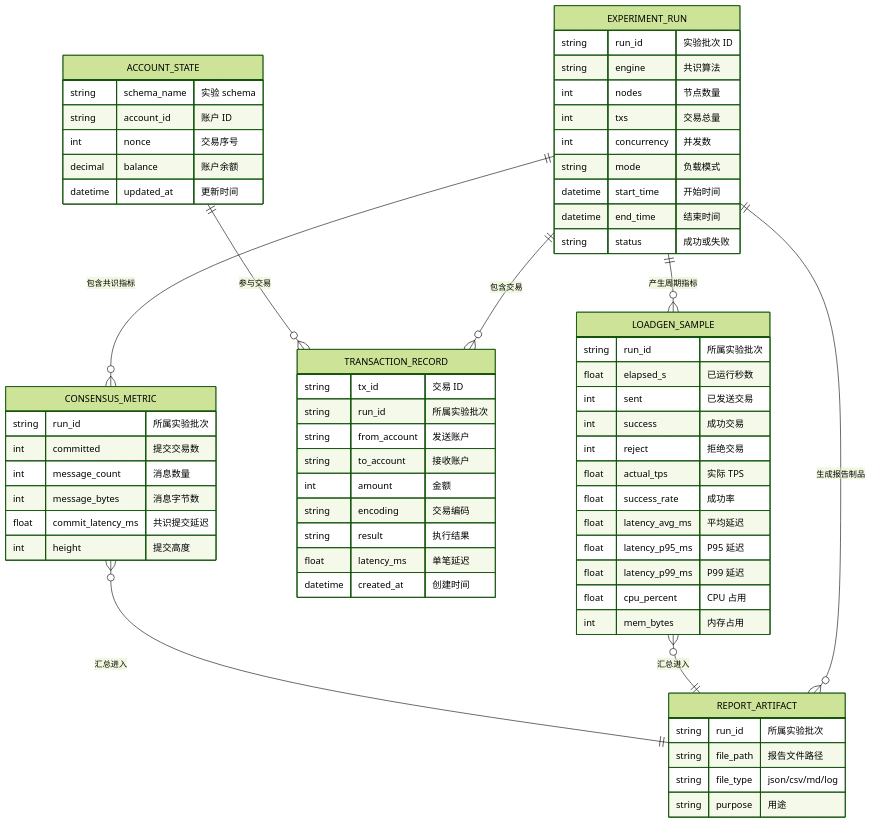
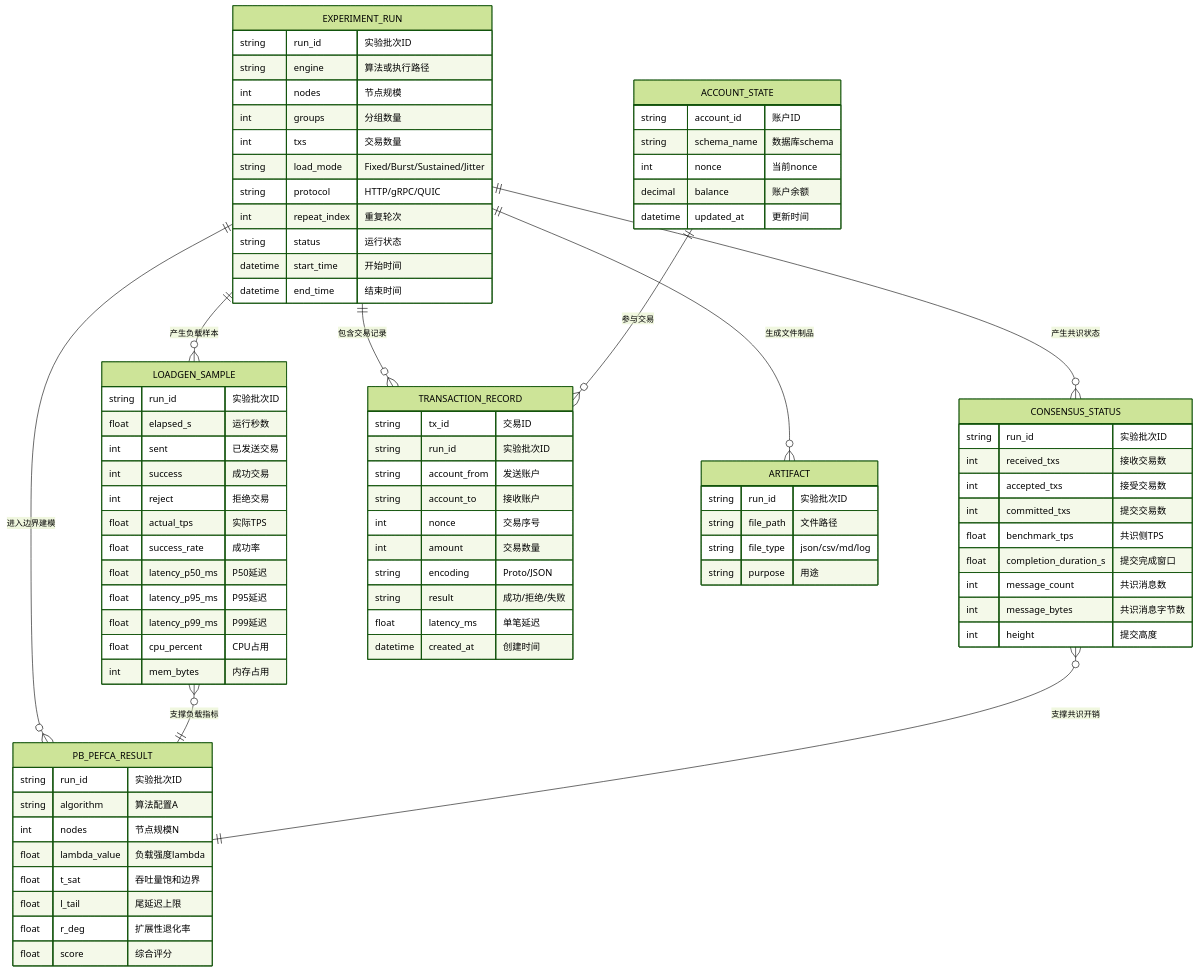
The ninth of 10 diagrams in chapter4-mermaid/README.md (fffeng99999/hcp), drawn with Mermaid (forest theme) before and after one commit. The commit also changed other lines of this file, not shown here.

````diff
--- a/chapter4-mermaid/README.md
+++ b/chapter4-mermaid/README.md
@@ -483,73 +527,91 @@
 ```mermaid
 erDiagram
   EXPERIMENT_RUN {
-    string run_id "实验批次 ID"
-    string engine "共识算法"
-    int nodes "节点数量"
-    int txs "交易总量"
-    int concurrency "并发数"
-    string mode "负载模式"
+    string run_id "实验批次ID"
+    string engine "算法或执行路径"
+    int nodes "节点规模"
+    int groups "分组数量"
+    int txs "交易数量"
+    string load_mode "Fixed/Burst/Sustained/Jitter"
+    string protocol "HTTP/gRPC/QUIC"
+    int repeat_index "重复轮次"
+    string status "运行状态"
     datetime start_time "开始时间"
     datetime end_time "结束时间"
-    string status "成功或失败"
   }
 
   LOADGEN_SAMPLE {
-    string run_id "所属实验批次"
-    float elapsed_s "已运行秒数"
+    string run_id "实验批次ID"
+    float elapsed_s "运行秒数"
     int sent "已发送交易"
     int success "成功交易"
     int reject "拒绝交易"
-    float actual_tps "实际 TPS"
+    float actual_tps "实际TPS"
     float success_rate "成功率"
-    float latency_avg_ms "平均延迟"
-    float latency_p95_ms "P95 延迟"
-    float latency_p99_ms "P99 延迟"
-    float cpu_percent "CPU 占用"
+    float latency_p50_ms "P50延迟"
+    float latency_p95_ms "P95延迟"
+    float latency_p99_ms "P99延迟"
+    float cpu_percent "CPU占用"
     int mem_bytes "内存占用"
   }
 
+  CONSENSUS_STATUS {
+    string run_id "实验批次ID"
+    int received_txs "接收交易数"
+    int accepted_txs "接受交易数"
+    int committed_txs "提交交易数"
+    float benchmark_tps "共识侧TPS"
+    float completion_duration_s "提交完成窗口"
+    int message_count "共识消息数"
+    int message_bytes "共识消息字节数"
+    int height "提交高度"
+  }
+
+  TRANSACTION_RECORD {
+    string tx_id "交易ID"
+    string run_id "实验批次ID"
+    string account_from "发送账户"
+    string account_to "接收账户"
+    int nonce "交易序号"
+    int amount "交易数量"
+    string encoding "Proto/JSON"
+    string result "成功/拒绝/失败"
+    float latency_ms "单笔延迟"
+    datetime created_at "创建时间"
+  }
+
   ACCOUNT_STATE {
-    string schema_name "实验 schema"
-    string account_id "账户 ID"
-    int nonce "交易序号"
+    string account_id "账户ID"
+    string schema_name "数据库schema"
+    int nonce "当前nonce"
     decimal balance "账户余额"
     datetime updated_at "更新时间"
   }
 
-  TRANSACTION_RECORD {
-    string tx_id "交易 ID"
-    string run_id "所属实验批次"
-    string from_account "发送账户"
-    string to_account "接收账户"
-    int amount "金额"
-    string encoding "交易编码"
-    string result "执行结果"
-    float latency_ms "单笔延迟"
-    datetime created_at "创建时间"
-  }
-
-  CONSENSUS_METRIC {
-    string run_id "所属实验批次"
-    int committed "提交交易数"
-    int message_count "消息数量"
-    int message_bytes "消息字节数"
-    float commit_latency_ms "共识提交延迟"
-    int height "提交高度"
-  }
-
-  REPORT_ARTIFACT {
-    string run_id "所属实验批次"
-    string file_path "报告文件路径"
+  ARTIFACT {
+    string run_id "实验批次ID"
+    string file_path "文件路径"
     string file_type "json/csv/md/log"
     string purpose "用途"
   }
 
-  EXPERIMENT_RUN ||--o{ LOADGEN_SAMPLE : "产生周期指标"
-  EXPERIMENT_RUN ||--o{ TRANSACTION_RECORD : "包含交易"
-  EXPERIMENT_RUN ||--o{ CONSENSUS_METRIC : "包含共识指标"
-  EXPERIMENT_RUN ||--o{ REPORT_ARTIFACT : "生成报告制品"
+  PB_PEFCA_RESULT {
+    string run_id "实验批次ID"
+    string algorithm "算法配置A"
+    int nodes "节点规模N"
+    float lambda_value "负载强度lambda"
+    float t_sat "吞吐量饱和边界"
+    float l_tail "尾延迟上限"
+    float r_deg "扩展性退化率"
+    float score "综合评分"
+  }
+
+  EXPERIMENT_RUN ||--o{ LOADGEN_SAMPLE : "产生负载样本"
+  EXPERIMENT_RUN ||--o{ CONSENSUS_STATUS : "产生共识状态"
+  EXPERIMENT_RUN ||--o{ TRANSACTION_RECORD : "包含交易记录"
+  EXPERIMENT_RUN ||--o{ ARTIFACT : "生成文件制品"
+  EXPERIMENT_RUN ||--o{ PB_PEFCA_RESULT : "进入边界建模"
   ACCOUNT_STATE ||--o{ TRANSACTION_RECORD : "参与交易"
-  LOADGEN_SAMPLE }o--|| REPORT_ARTIFACT : "汇总进入"
-  CONSENSUS_METRIC }o--|| REPORT_ARTIFACT : "汇总进入"
+  LOADGEN_SAMPLE }o--|| PB_PEFCA_RESULT : "支撑负载指标"
+  CONSENSUS_STATUS }o--|| PB_PEFCA_RESULT : "支撑共识开销"
 ```
````
